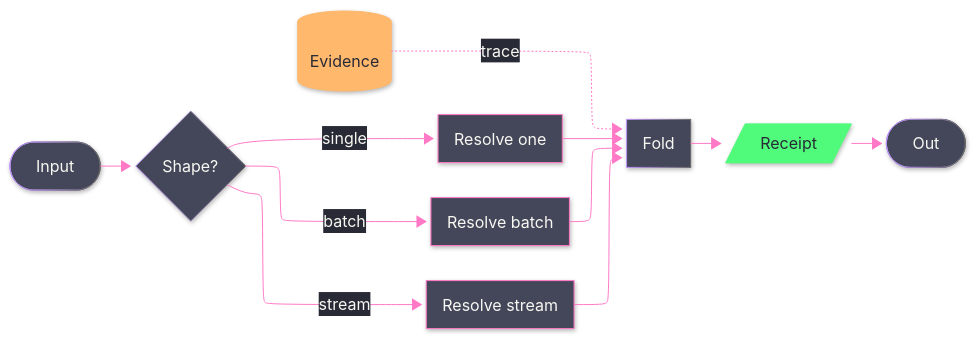
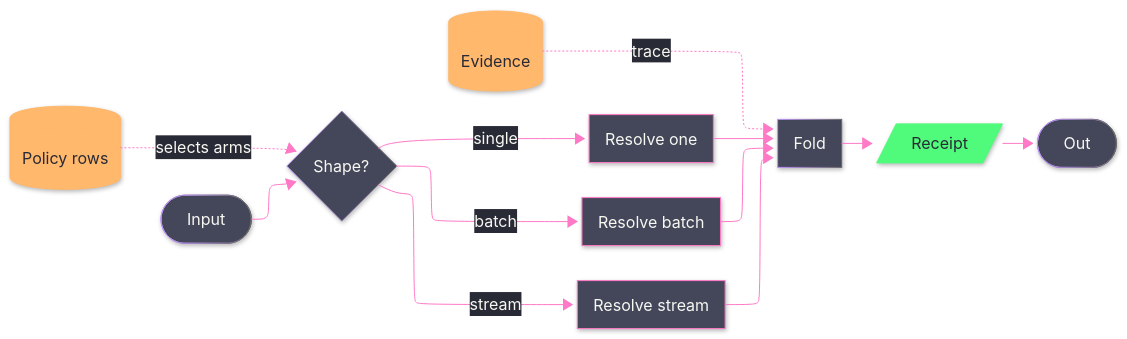
The diagram in .claude/skills/mermaid-diagramming/templates/logic-flow.mmd.md (bsamiee/Rasm), drawn with Mermaid before and after one commit. The commit also changed other lines of this file and 38 other files, not shown here.

````diff
--- a/.claude/skills/mermaid-diagramming/templates/logic-flow.mmd.md
+++ b/.claude/skills/mermaid-diagramming/templates/logic-flow.mmd.md
@@ -5,36 +5,37 @@
 ```mermaid
 ---
 config:
   layout: elk
   look: neo
   theme: base
   themeVariables:
     darkMode: true
     background: "#282A36"
     primaryColor: "#44475A"
     primaryTextColor: "#F8F8F2"
     primaryBorderColor: "#BD93F9"
     lineColor: "#FF79C6"
     textColor: "#F8F8F2"
     edgeLabelBackground: "#282A36"
 ---
 flowchart LR
     accTitle: Dispatch and fold
-    accDescr: One operation discriminating input shape into three dispatch arms that fold into a merge, yielding a receipt, with a dotted evidence trace.
+    accDescr: One operation discriminating input shape into three policy-selected dispatch arms that fold into a merge yielding one receipt, with a dotted evidence trace feeding the fold.
     In([Input]) --> Shape{Shape?}
+    Policy[(Policy rows)] -.->|selects arms| Shape
     Shape -->|single| ArmA[Resolve one]
     Shape -->|batch| ArmB[Resolve batch]
     Shape -->|stream| ArmC[Resolve stream]
     ArmA --> Fold[Fold]
     ArmB --> Fold
     ArmC --> Fold
     Fold --> Receipt[/Receipt/]
     Receipt --> Out([Out])
     Evidence[(Evidence)] -.->|trace| Fold
     classDef primary fill:#44475A,stroke:#FF79C6,color:#F8F8F2
     classDef success fill:#50FA7B,stroke:#50FA7B,color:#282A36
     classDef data fill:#FFB86C,stroke:#FFB86C,color:#282A36
     class ArmA,ArmB,ArmC primary
     class Receipt success
-    class Evidence data
+    class Policy,Evidence data
 ```
````
